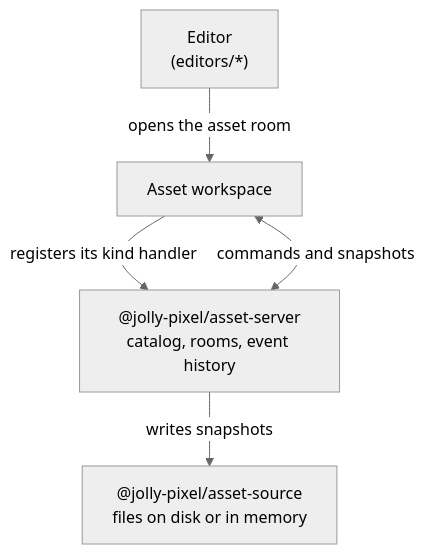
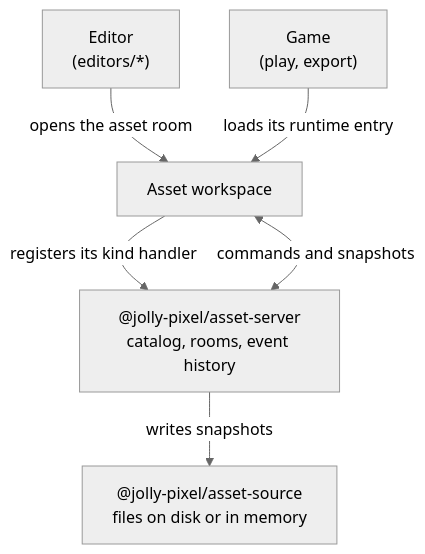
One commit to JollyPixel/editor changed the second of 4 diagrams in packages/assets/ARCHITECTURE.md. Above: the diagram before and after it, drawn with Mermaid (neutral theme). The commit also changed other lines of this file and 243 other files, not shown here.

````diff
--- a/packages/assets/ARCHITECTURE.md
+++ b/packages/assets/ARCHITECTURE.md
@@ -35,12 +45,14 @@
 ```mermaid
 flowchart TB
     Editor["Editor<br/>(editors/*)"]
+    Game["Game<br/>(play, export)"]
     Workspace["Asset workspace"]
     Server["@jolly-pixel/asset-server<br/>catalog, rooms, event history"]
     Source["@jolly-pixel/asset-source<br/>files on disk or in memory"]
 
     Editor -->|"opens the asset room"| Workspace
+    Game -->|"loads its runtime entry"| Workspace
     Workspace -->|"registers its kind handler"| Server
     Workspace <-->|"commands and snapshots"| Server
     Server -->|"writes snapshots"| Source
 ```
````
